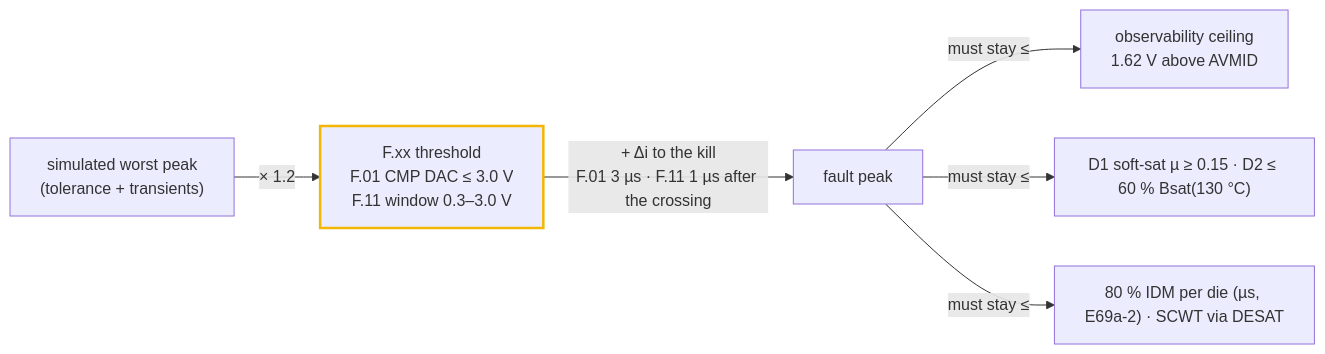
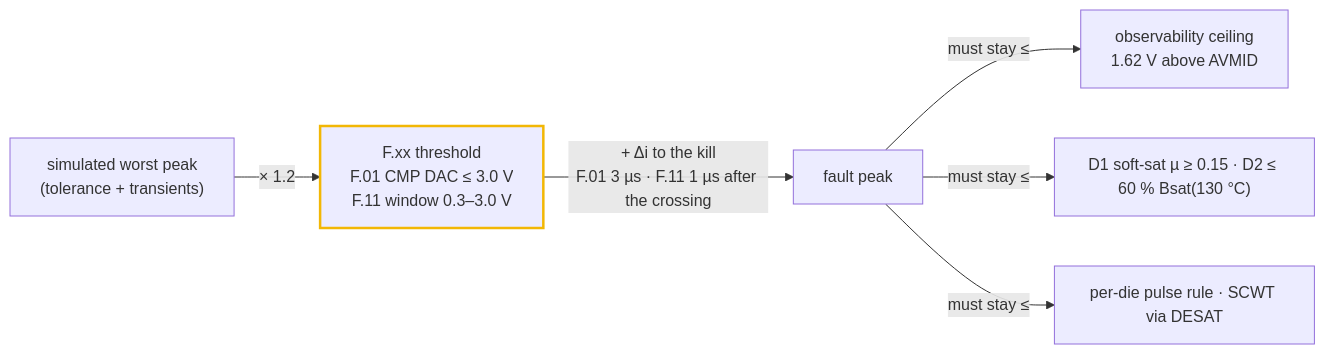
Before and after one commit to vectivolt/DC-Modules: the third of 5 diagrams in docs/current-coordination.md, drawn with Mermaid. The commit also changed other lines of this file and 802 other files, not shown here.

````diff
--- a/docs/current-coordination.md
+++ b/docs/current-coordination.md
@@ -152,9 +133,9 @@
 ```mermaid
 flowchart LR
   P["simulated worst peak<br/>(tolerance + transients)"] -->|"× 1.2"| TH["F.xx threshold<br/>F.01 CMP DAC ≤ 3.0 V<br/>F.11 window 0.3–3.0 V"]
   TH -->|"+ Δi to the kill<br/>F.01 3 µs · F.11 1 µs after the crossing"| FP["fault peak"]
   FP -->|"must stay ≤"| CE["observability ceiling<br/>1.62 V above AVMID"]
   FP -->|"must stay ≤"| MAG["D1 soft-sat µ ≥ 0.15 · D2 ≤ 60 % Bsat(130 °C)"]
-  FP -->|"must stay ≤"| DEV["80 % IDM per die (µs, E69a-2) · SCWT via DESAT"]
+  FP -->|"must stay ≤"| DEV["per-die pulse rule · SCWT via DESAT"]
   style TH stroke:#f2b705,stroke-width:2.5px
 ```
````
